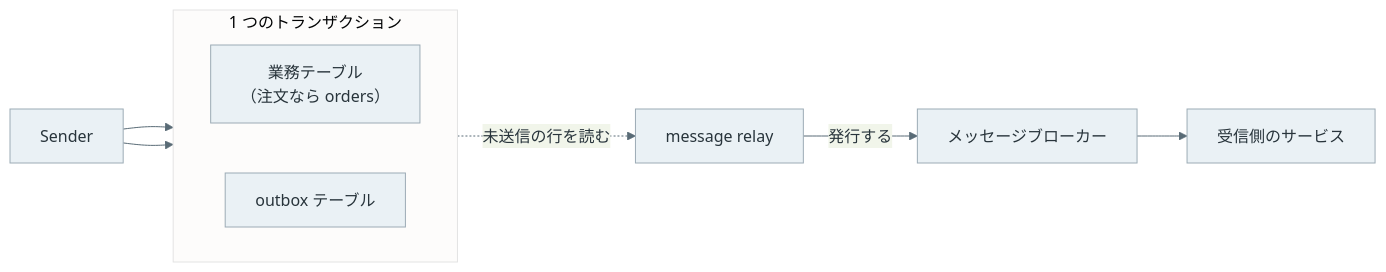
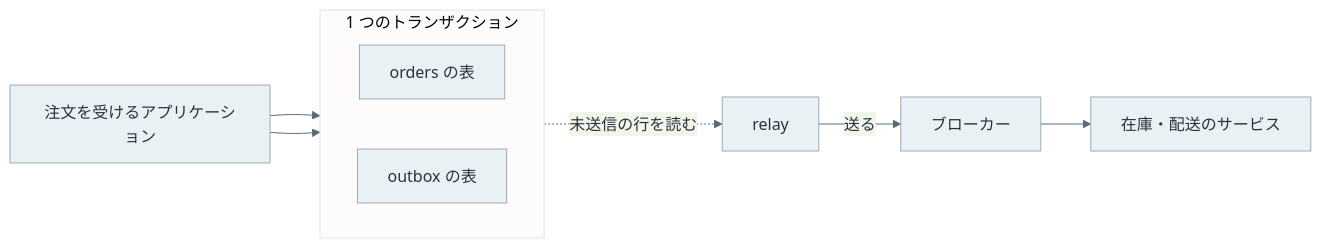
Before and after one commit to nao1215/debimate: the diagram in content/notes/distributed-systems/transactional-outbox/index.md, drawn with Mermaid. The commit also changed other lines of this file and 25 other files, not shown here.

````diff
--- a/content/notes/distributed-systems/transactional-outbox/index.md
+++ b/content/notes/distributed-systems/transactional-outbox/index.md
@@ -70,15 +18,15 @@
 ```mermaid
-%%{init: {"theme":"base","themeVariables":{"primaryColor":"#eaf1f5","primaryTextColor":"#28343b","primaryBorderColor":"#9cabb5","lineColor":"#596b76","textColor":"#28343b","actorBkg":"#eaf1f5","actorBorder":"#9cabb5","actorTextColor":"#28343b","actorLineColor":"#9cabb5","signalColor":"#596b76","signalTextColor":"#28343b","noteBkgColor":"#f7f1e5","noteBorderColor":"#c5b99b","noteTextColor":"#403c32","activationBkgColor":"#edf3ef","activationBorderColor":"#9aafa1"}}}%%
+%%{init: {"theme":"base","themeVariables":{"primaryColor":"#eaf1f5","primaryTextColor":"#28343b","primaryBorderColor":"#9cabb5","lineColor":"#596b76","textColor":"#28343b"}}}%%
 flowchart LR
+    S["注文を受けるアプリケーション"] --> O
+    S --> X
     subgraph T["1 つのトランザクション"]
         direction LR
-        O["業務テーブル<br/>（注文なら orders）"]
-        X["outbox テーブル"]
+        O["orders の表"]
+        X["outbox の表"]
     end
-    S["Sender"] --> O
-    S --> X
-    X -. 未送信の行を読む .-> R["message relay"]
-    R -- 発行する --> Q["メッセージブローカー"]
-    Q --> C["受信側のサービス"]
+    X -. 未送信の行を読む .-> R["relay"]
+    R -- 送る --> Q["ブローカー"]
+    Q --> C["在庫・配送のサービス"]
     classDef default fill:#eaf1f5,stroke:#9cabb5,color:#28343b;
 ```
````
